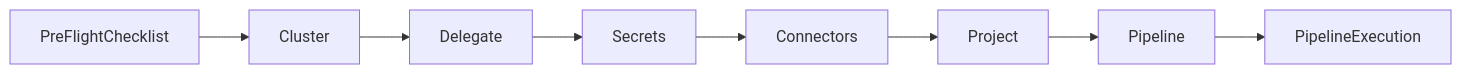
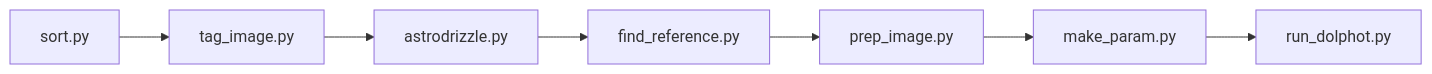
One commit to mmckay18/phat_pypipeline_repo changed the diagram in README.md. Above: the diagram before and after it, drawn with Mermaid. The commit also changed other lines of this file, not shown here.

````diff
--- a/README.md
+++ b/README.md
@@ -24,6 +24,6 @@
 ```mermaid
 graph LR
 
-PreFlightChecklist --> Cluster --> Delegate --> Secrets --> Connectors --> Project --> Pipeline --> PipelineExecution
+sort.py --> tag_image.py --> astrodrizzle.py --> find_reference.py --> prep_image.py --> make_param.py --> run_dolphot.py
 
 ```
````
